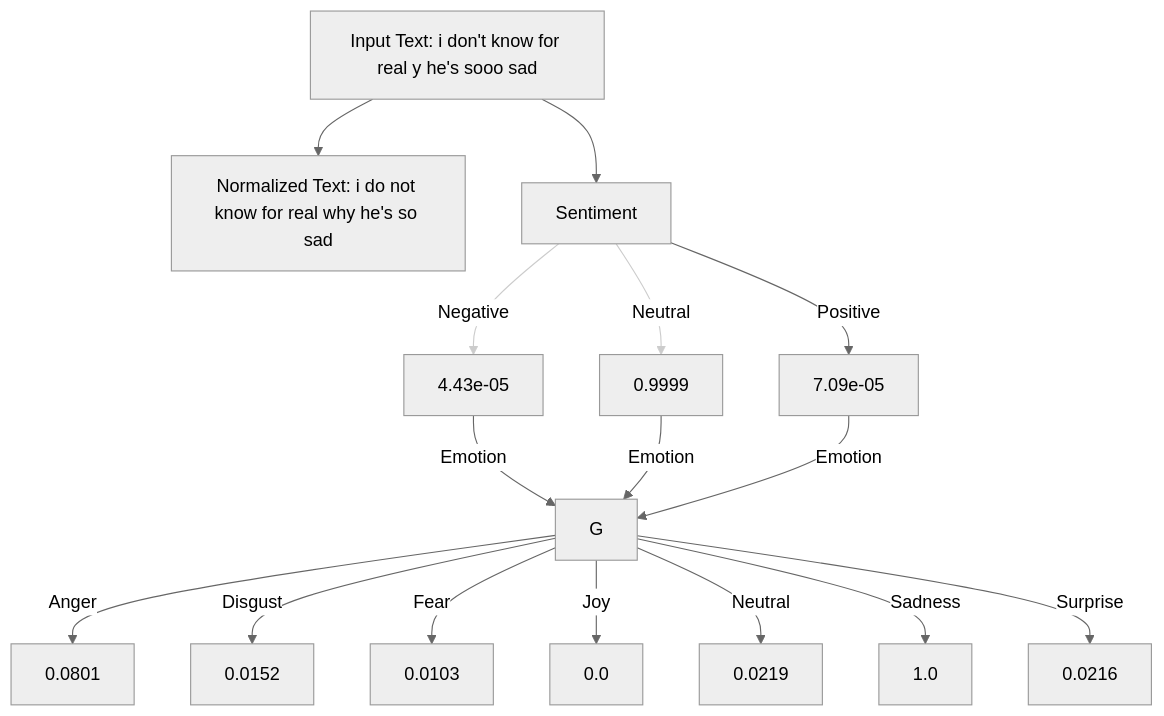
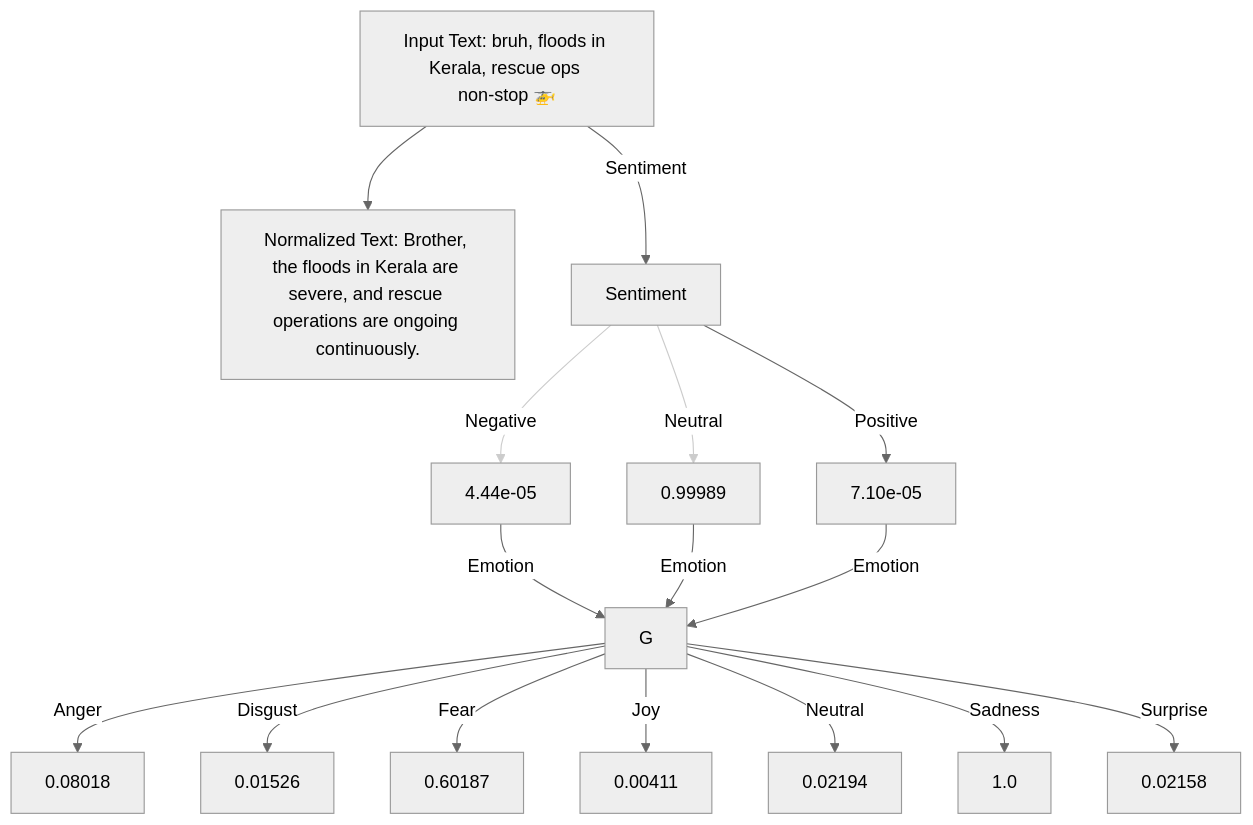
Before and after one commit to ArchismanKarmakar/Tachygraphy-Microtext-Analysis-And-Normalization: the third of 3 diagrams in README.md, drawn with Mermaid (neutral theme).

````diff
--- a/README.md
+++ b/README.md
@@ -142,40 +142,34 @@
 ```mermaid
 graph TD;
-    %% Input and normalized text
-    A["Input Text: i don't know for real y he's sooo sad"]
-    B["Normalized Text: i do not know for real why he's so sad"]
+    %% Input and normalized text nodes
+    A["Input Text: bruh, floods in Kerala, rescue ops non‑stop 🚁"]
+    B["Normalized Text: Brother, the floods in Kerala are severe, and rescue operations are ongoing continuously."]
+    C["Sentiment"]
 
-    %% Sentiment stage
-    C["Sentiment"]
-    
     A --> B
-    A --> C
+    A -->|Sentiment| C
 
-    %% Sentiment value nodes with values inside the box;
-    %% The arrow labels carry the category names.
-    C -->|Negative| D["4.43e-05"]
-    C -->|Neutral| E["0.9999"]
-    C -->|Positive| F["7.09e-05"]
+    %% Sentiment value nodes
+    C -->|Negative| D["4.44e-05"]
+    C -->|Neutral| E["0.99989"]
+    C -->|Positive| F["7.10e-05"]
 
-    %% All sentiment nodes feed into the Emotion stage.
+    %% Converge sentiment nodes to Emotion stage
     D -->|Emotion| G
     E -->|Emotion| G
     F -->|Emotion| G
 
-    %% Emotion stage: arrows label the emotion category, nodes contain the numeric value.
-    G -->|Anger| H["0.0801"]
-    G -->|Disgust| I["0.0152"]
-    G -->|Fear| J["0.0103"]
-    G -->|Joy| K["0.0"]
-    G -->|Neutral| L["0.0219"]
+    %% Emotion nodes: arrow labels show emotion category; node boxes show numeric values.
+    G -->|Anger| H["0.08018"]
+    G -->|Disgust| I["0.01526"]
+    G -->|Fear| J["0.60187"]
+    G -->|Joy| K["0.00411"]
+    G -->|Neutral| L["0.02194"]
     G -->|Sadness| M["1.0"]
-    G -->|Surprise| N["0.0216"]
+    G -->|Surprise| N["0.02158"]
 
-%% Style the edges for lower-probability sentiment arrows with a lighter stroke
-%% (Assuming the second and third edges from C are "Neutral" and "Positive")
+%% Style the Neutral and Positive sentiment arrows with a lighter stroke.
 linkStyle 2 stroke:#cccccc, stroke-width:1px;
 linkStyle 3 stroke:#cccccc, stroke-width:1px;
 
-
-
 ```
````
